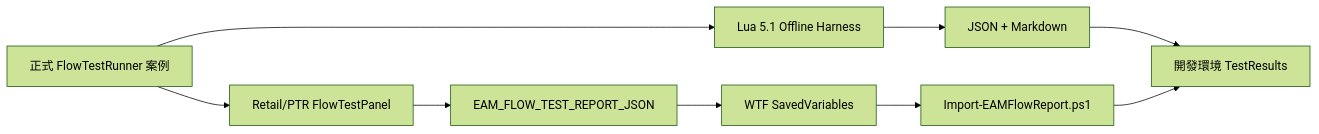
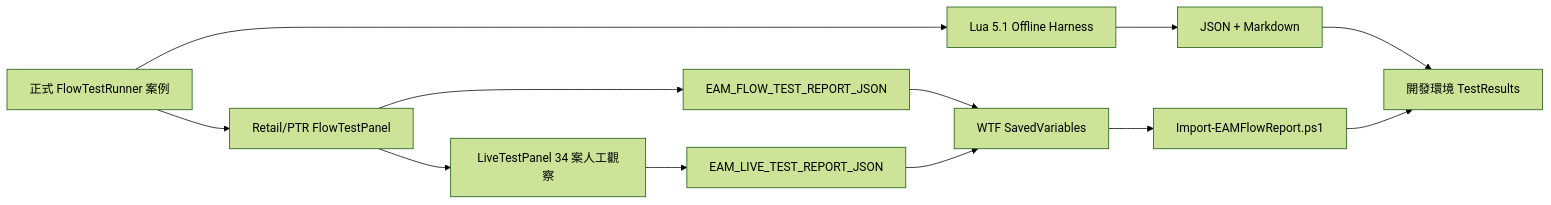
One commit to ziyuefan/EventAlertModRemake changed the diagram in Docs/26_FLOW_VALIDATION_FRAMEWORK.md. Above: the diagram before and after it, drawn with Mermaid (forest theme). The commit also changed other lines of this file and 106 other files, not shown here.

````diff
--- a/Docs/26_FLOW_VALIDATION_FRAMEWORK.md
+++ b/Docs/26_FLOW_VALIDATION_FRAMEWORK.md
@@ -18,11 +18,14 @@
 ```mermaid
 flowchart LR
     A["正式 FlowTestRunner 案例"] --> B["Lua 5.1 Offline Harness"]
     A --> C["Retail/PTR FlowTestPanel"]
+    C --> I["LiveTestPanel 34 案人工觀察"]
     B --> D["JSON + Markdown"]
     C --> E["EAM_FLOW_TEST_REPORT_JSON"]
+    I --> J["EAM_LIVE_TEST_REPORT_JSON"]
     E --> F["WTF SavedVariables"]
+    J --> F
     D --> G["開發環境 TestResults"]
     F --> H["Import-EAMFlowReport.ps1"]
     H --> G
 ```
````
